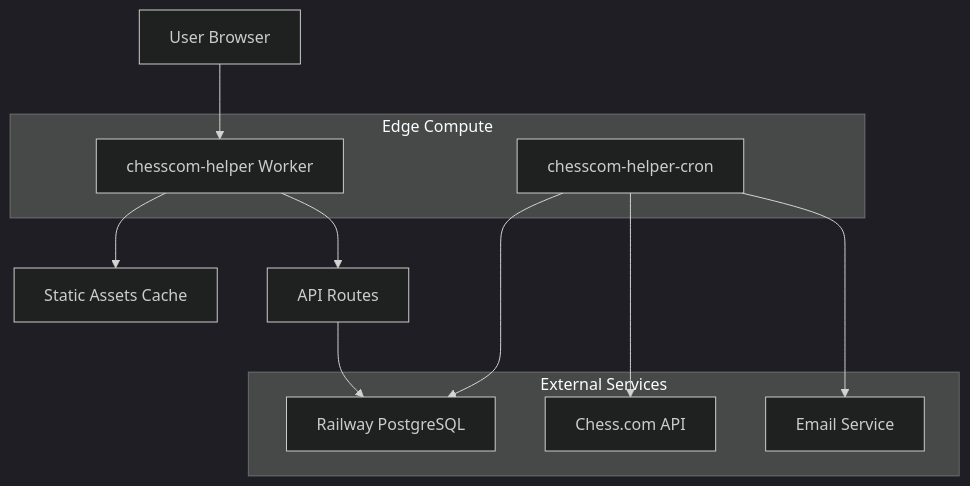
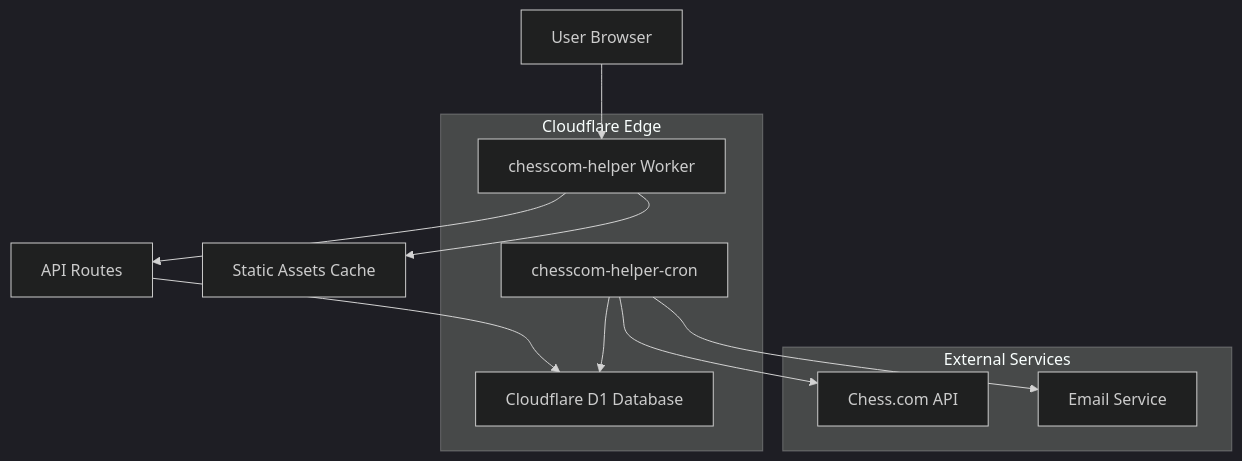
One commit to emily-flambe/chesscom-helper changed the diagram in docs/CLOUDFLARE_WORKERS_ARCHITECTURE.md. Above: the diagram before and after it, drawn with Mermaid (dark theme). The commit also changed other lines of this file and 47 other files, not shown here.

First line of the commit message:
feat: complete PostgreSQL to Cloudflare D1 migration

````diff
--- a/docs/CLOUDFLARE_WORKERS_ARCHITECTURE.md
+++ b/docs/CLOUDFLARE_WORKERS_ARCHITECTURE.md
@@ -27,21 +36,21 @@
 ```mermaid
 graph TB
     A[User Browser] --> B[chesscom-helper Worker]
     B --> C[Static Assets Cache]
     B --> D[API Routes]
-    D --> E[Railway PostgreSQL]
+    D --> E[Cloudflare D1 Database]
     F[chesscom-helper-cron] --> E
     F --> G[Chess.com API]
     F --> H[Email Service]
     
-    subgraph "Edge Compute"
+    subgraph "Cloudflare Edge"
         B
         F
+        E
     end
     
     subgraph "External Services"
-        E
         G
         H
     end
 ```
````
